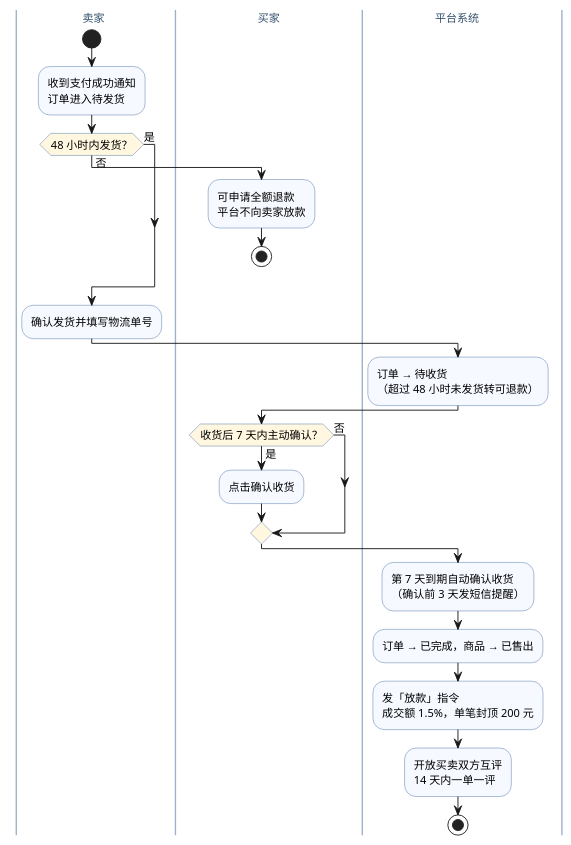
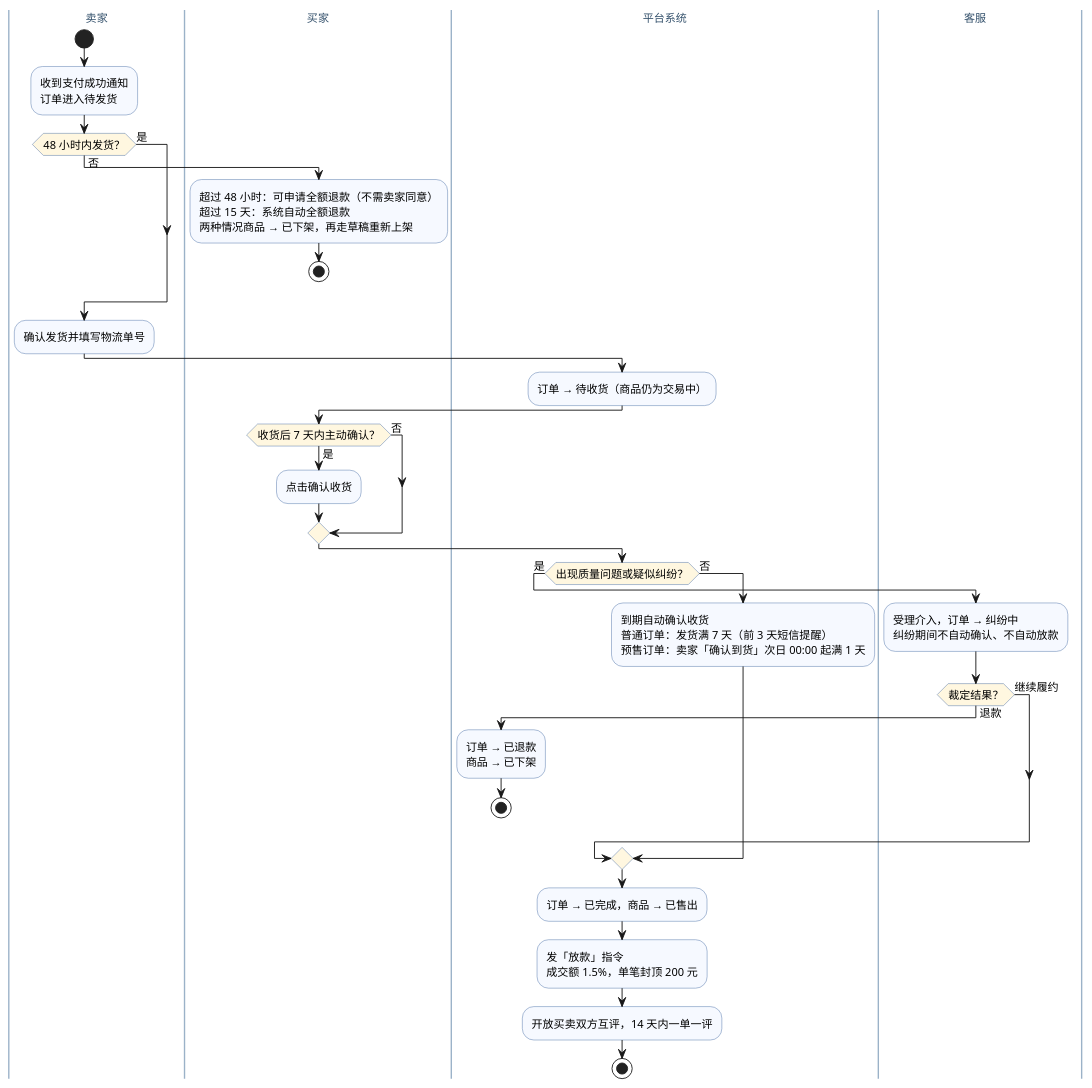
One commit to XuHR233/SE-lab1-requirements changed the diagram in lab02/UML/活动图2_发货收货与结算.puml. Above: the diagram before and after it, drawn with PlantUML. The commit also changed 15 other files, not shown here.

Commit message:
按需求逐条复核全部 UML 图：类图补结算记录/纠纷工单与角色枚举，活动图2 补 15 天自动退款与客服介入分支，订单状态图补自动退款与预售取消口径，用例图补客服说明

```diff
--- a/lab02/UML/活动图2_发货收货与结算.puml
+++ b/lab02/UML/活动图2_发货收货与结算.puml
@@ -1,49 +1,63 @@
 @startuml
-' 实验二 · 二手交易系统 · 活动图 2/2：发货、收货与结算（卖家 · 平台 · 买家）
+' 实验二 · 二手交易系统 · 活动图 2/2：发货、收货、纠纷与结算（卖家 · 平台 · 买家 · 客服）
 ' 承接 活动图1_下单与支付，本图从「支付成功」之后开始。
 skinparam defaultFontName "Microsoft YaHei"
 skinparam defaultFontSize 12
 skinparam shadowing false
-skinparam swimlaneWidth 175
+skinparam swimlaneWidth 190
 skinparam activity {
   BackgroundColor #F6F9FF
   BorderColor #4A6FA5
   DiamondBackgroundColor #FFF7E0
 }
 skinparam swimlane {
   BorderColor #9BB2C8
   BackgroundColor #FCFDFF
   TitleFontColor #33506B
 }
 
 |卖家|
 start
 :收到支付成功通知\n订单进入待发货;
 
 if (48 小时内发货？) then (否)
   |买家|
-  :可申请全额退款\n平台不向卖家放款;
+  :超过 48 小时：可申请全额退款（不需卖家同意）\n超过 15 天：系统自动全额退款\n两种情况商品 → 已下架，再走草稿重新上架;
   stop
 else (是)
 endif
 
 |卖家|
 :确认发货并填写物流单号;
 
 |平台系统|
-:订单 → 待收货\n（超过 48 小时未发货转可退款）;
+:订单 → 待收货（商品仍为交易中）;
 
 |买家|
 if (收货后 7 天内主动确认？) then (是)
   :点击确认收货;
 else (否)
 endif
 
 |平台系统|
-:第 7 天到期自动确认收货\n（确认前 3 天发短信提醒）;
+if (出现质量问题或疑似纠纷？) then (是)
+  |客服|
+  :受理介入，订单 → 纠纷中\n纠纷期间不自动确认、不自动放款;
+  if (裁定结果？) then (退款)
+    |平台系统|
+    :订单 → 已退款\n商品 → 已下架;
+    stop
+  else (继续履约)
+  endif
+else (否)
+  |平台系统|
+  :到期自动确认收货\n普通订单：发货满 7 天（前 3 天短信提醒）\n预售订单：卖家「确认到货」次日 00:00 起满 1 天;
+endif
+
+|平台系统|
 :订单 → 已完成，商品 → 已售出;
 :发「放款」指令\n成交额 1.5%，单笔封顶 200 元;
-:开放买卖双方互评\n14 天内一单一评;
+:开放买卖双方互评，14 天内一单一评;
 stop
 
 @enduml
```
